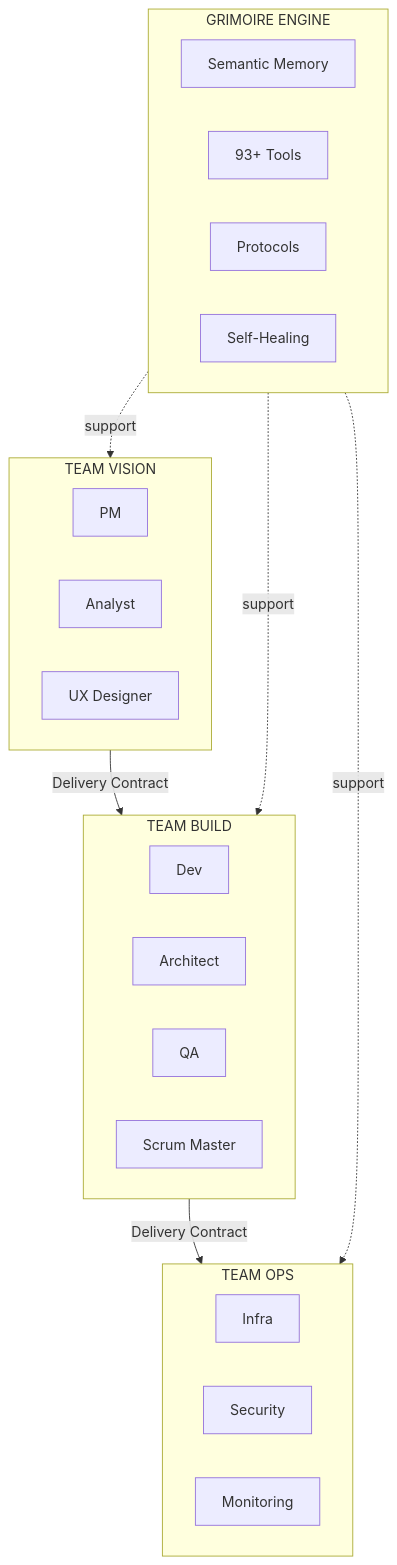
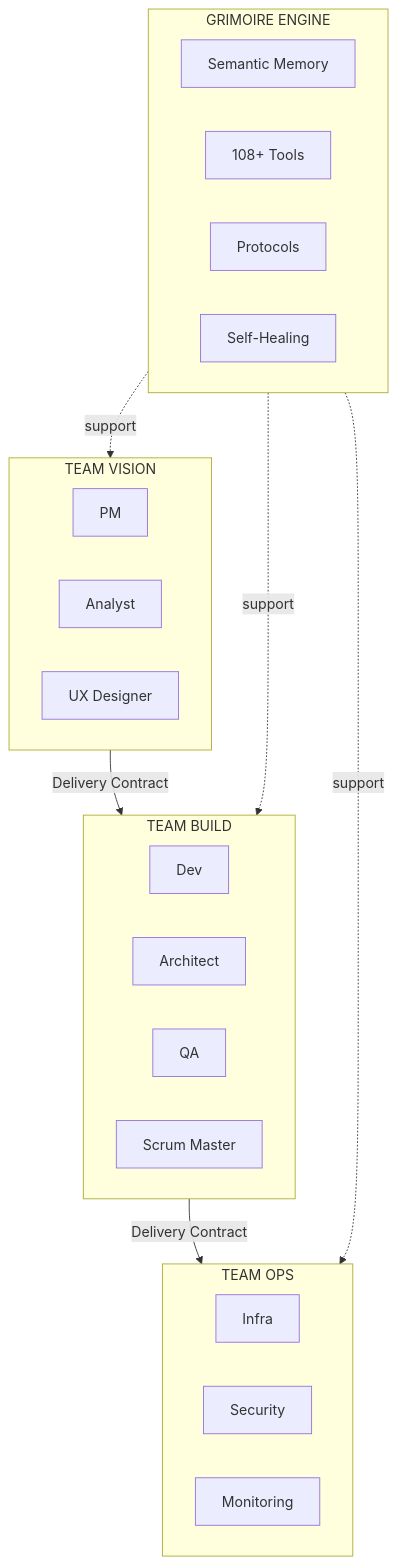
The first of 2 diagrams in README.md (Guilhem-Bonnet/Grimoire-kit), drawn with Mermaid before and after one commit. The commit also changed other lines of this file and 672 other files, not shown here.

````diff
--- a/README.md
+++ b/README.md
@@ -139,34 +171,34 @@
 ```mermaid
 flowchart TB
   subgraph VISION[TEAM VISION]
     PM[PM]
     AN[Analyst]
     UX[UX Designer]
   end
 
   subgraph BUILD[TEAM BUILD]
     DEV[Dev]
     ARCH[Architect]
     QA[QA]
     SM[Scrum Master]
   end
 
   subgraph OPS[TEAM OPS]
     INFRA[Infra]
     SEC[Security]
     MON[Monitoring]
   end
 
   subgraph ENGINE[GRIMOIRE ENGINE]
     MEM[Semantic Memory]
-    TOOLS[93+ Tools]
+    TOOLS[108+ Tools]
     PROTO[Protocols]
     HEAL[Self-Healing]
   end
 
   VISION -- Delivery Contract --> BUILD
   BUILD -- Delivery Contract --> OPS
   ENGINE -. support .-> VISION
   ENGINE -. support .-> BUILD
   ENGINE -. support .-> OPS
 ```
````
